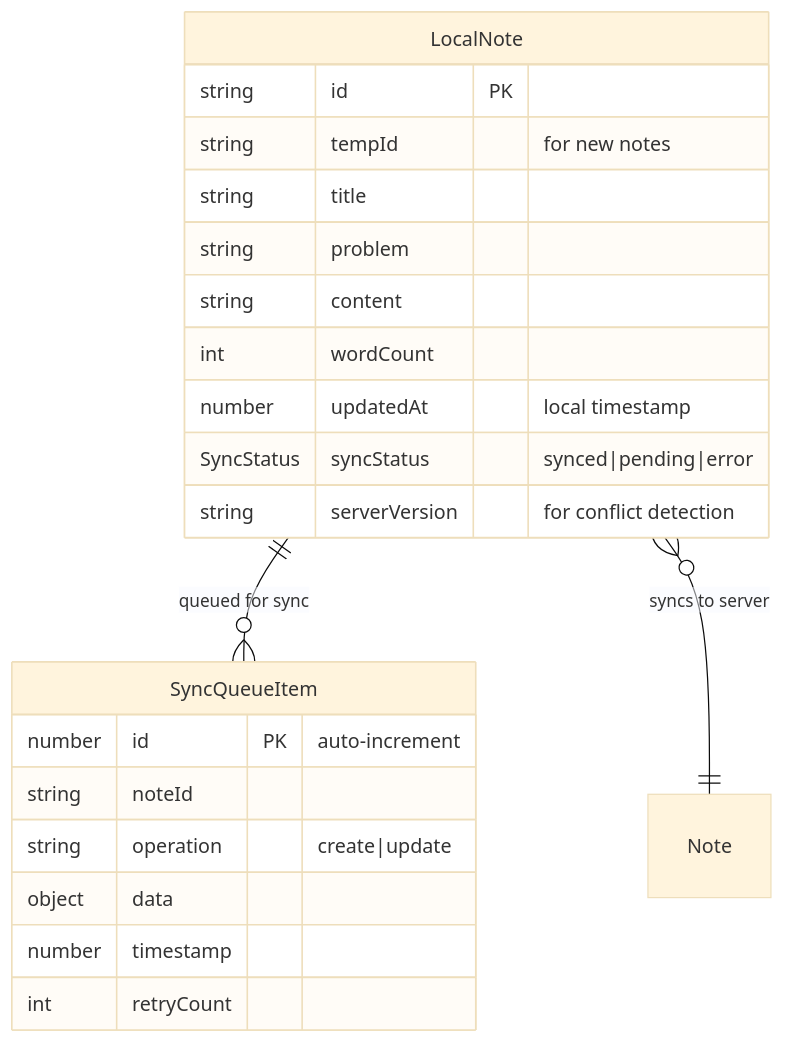
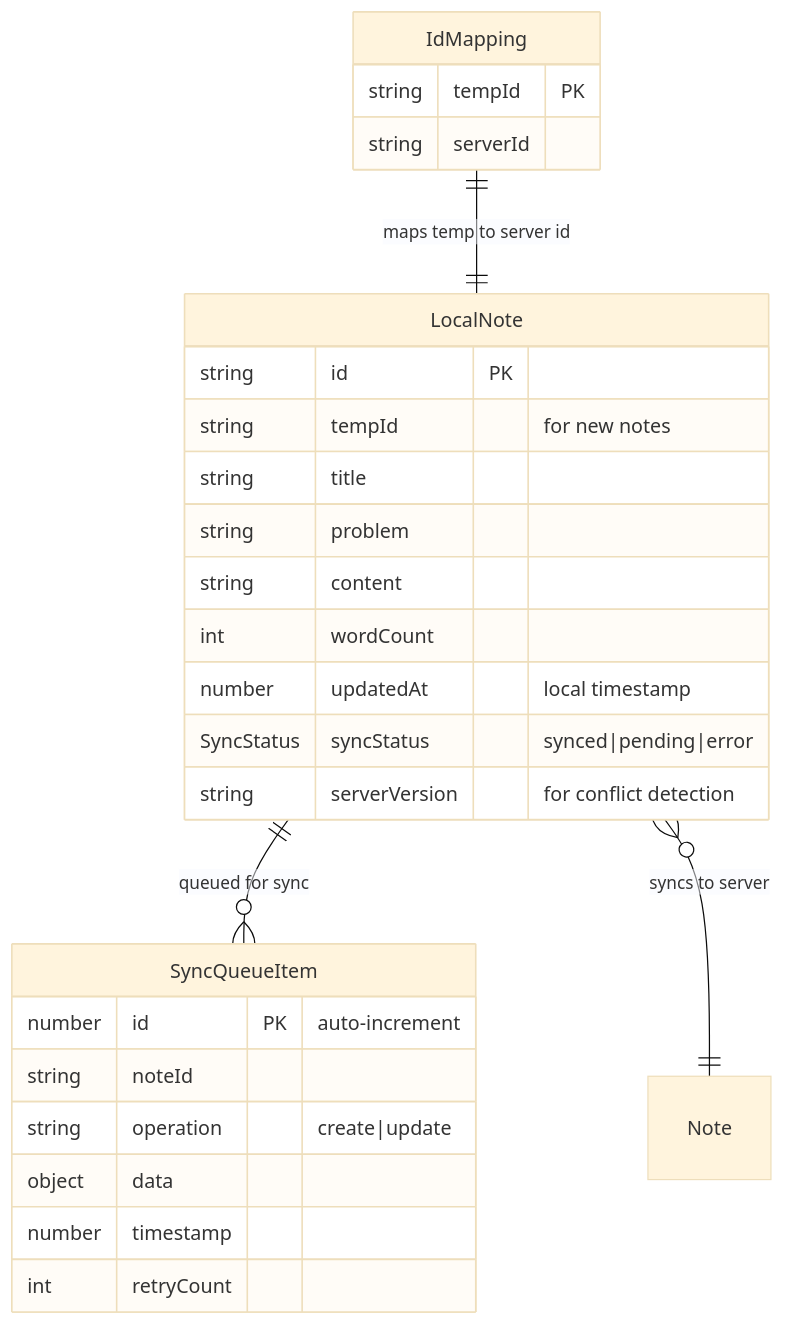
Before and after one commit to ForwardInfinity/pkm-ai-integration: the fifth of 6 diagrams in DATA-MODEL.md, drawn with Mermaid (base theme). The commit also changed other lines of this file, not shown here.

````diff
--- a/DATA-MODEL.md
+++ b/DATA-MODEL.md
@@ -280,26 +323,32 @@
 ```mermaid
 erDiagram
     LocalNote ||--o{ SyncQueueItem : "queued for sync"
     LocalNote }o--|| Note : "syncs to server"
+    IdMapping ||--|| LocalNote : "maps temp to server id"
 
     LocalNote {
         string id PK
         string tempId "for new notes"
         string title
         string problem
         string content
         int wordCount
         number updatedAt "local timestamp"
         SyncStatus syncStatus "synced|pending|error"
         string serverVersion "for conflict detection"
     }
 
     SyncQueueItem {
         number id PK "auto-increment"
         string noteId
         string operation "create|update"
         object data
         number timestamp
         int retryCount
     }
+
+    IdMapping {
+        string tempId PK
+        string serverId
+    }
 ```
````
